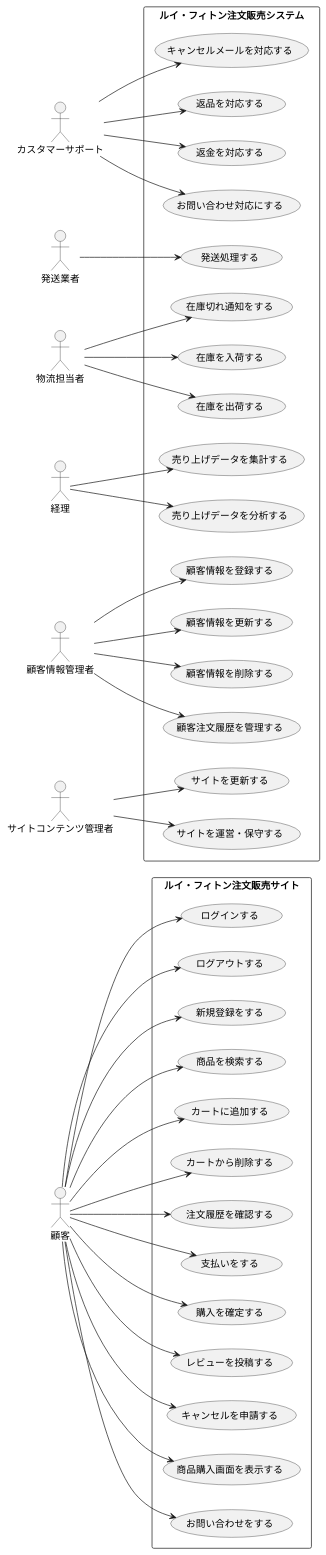
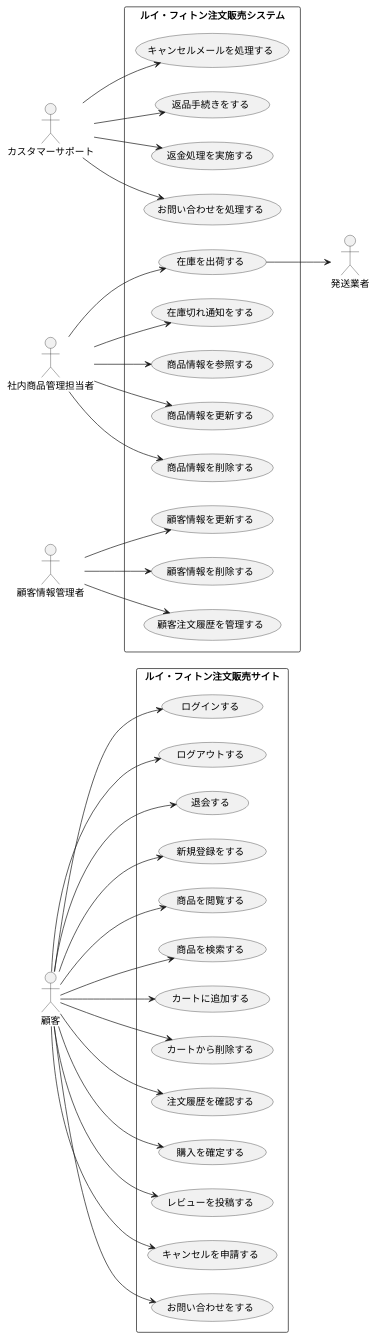
Before and after one commit to mameiku/group3-4: the diagram in ecommerce_usecase.pu, drawn with PlantUML.

Commit message:
ユースケース図更新

```diff
--- a/ecommerce_usecase.pu
+++ b/ecommerce_usecase.pu
@@ -1,98 +1,105 @@
 @startuml
 left to right direction
 
 actor 顧客
 actor カスタマーサポート
 actor 発送業者
-actor 物流担当者
-actor 経理
+actor 社内商品管理担当者
+'actor 経理
 actor 顧客情報管理者
-actor サイトコンテンツ管理者
+'actor サイトコンテンツ管理者
 
 rectangle "ルイ・フィトン注文販売システム" {
 
   ' --- 管理者 ---
-  (発送処理する)
+  (キャンセルメールを処理する)
+  (返品手続きをする)
+  (返金処理を実施する)
+  (お問い合わせを処理する)
 
-  (キャンセルメールを対応する)
-  (返品を対応する)
-  (返金を対応する)
-  (お問い合わせ対応にする)
-
-  (在庫を入荷する)
+  '(在庫を入荷する)
   (在庫を出荷する)
   (在庫切れ通知をする)
+  (商品情報を参照する)
+  (商品情報を更新する)
+  (商品情報を削除する)
 
-  (売り上げデータを集計する)
-  (売り上げデータを分析する)
+  '(売り上げデータを集計する)
+  '(売り上げデータを分析する)
 
   '--- 顧客情報管理者 ---
-  (顧客情報を登録する)
   (顧客情報を更新する)
   (顧客情報を削除する)
   (顧客注文履歴を管理する)
 
-  (サイトを更新する)
-  (サイトを運営・保守する)
+  '(サイトを更新する)
+  '(サイトを運営・保守する)
 
 }
 
 
 rectangle "ルイ・フィトン注文販売サイト" {
     ' --- 顧客 ---
   (ログインする)
   (ログアウトする)
+  (退会する)
   (新規登録をする)
+  (商品を閲覧する)
   (商品を検索する)
   (カートに追加する)
   (カートから削除する)
   (注文履歴を確認する)
-  (支払いをする)
   (購入を確定する)
   (レビューを投稿する)
   (キャンセルを申請する)
-  (商品購入画面を表示する)
   (お問い合わせをする)
 }
 
 
 ' 顧客の動き
 顧客 --> (ログインする)
 顧客 --> (ログアウトする)
+顧客 --> (退会する)
+顧客 --> (商品を閲覧する)
 顧客 --> (商品を検索する)
 顧客 --> (カートに追加する)
 顧客 --> (カートから削除する)
 顧客 --> (注文履歴を確認する)
 顧客 --> (新規登録をする)
-顧客 --> (支払いをする)
 顧客 --> (購入を確定する)
 顧客 --> (レビューを投稿する)
 顧客 --> (キャンセルを申請する)
-顧客 --> (商品購入画面を表示する)
 顧客 --> (お問い合わせをする)
 
 ' 管理者などの動き
-物流担当者 --> (在庫を入荷する)
-物流担当者 --> (在庫を出荷する)
-物流担当者 --> (在庫切れ通知をする)
+'物流担当者 --> (在庫を入荷する)
+社内商品管理担当者 --> (在庫を出荷する)
+社内商品管理担当者 --> (在庫切れ通知をする)
+社内商品管理担当者 --> (商品情報を参照する)
+社内商品管理担当者 --> (商品情報を更新する)
+社内商品管理担当者 --> (商品情報を削除する)
 
-経理 --> (売り上げデータを集計する)
-経理--> (売り上げデータを分析する)
+(在庫を出荷する) --> 発送業者
+
+
+
+'経理 --> (売り上げデータを集計する)
+'経理--> (売り上げデータを分析する)
 
 '発送業者とカスタマーサポートの追加
-発送業者 --> (発送処理する)
 
-カスタマーサポート --> (キャンセルメールを対応する)
-カスタマーサポート --> (返品を対応する)
-カスタマーサポート --> (返金を対応する)
-カスタマーサポート --> (お問い合わせ対応にする)
 
-顧客情報管理者 --> (顧客情報を登録する)
+カスタマーサポート --> (キャンセルメールを処理する)
+カスタマーサポート --> (返品手続きをする)
+カスタマーサポート --> (返金処理を実施する)
+カスタマーサポート --> (お問い合わせを処理する)
+
 顧客情報管理者 --> (顧客情報を更新する)
 顧客情報管理者 --> (顧客情報を削除する)
 顧客情報管理者 --> (顧客注文履歴を管理する)
 
-サイトコンテンツ管理者 --> (サイトを更新する)
-サイトコンテンツ管理者 --> (サイトを運営・保守する)
+
+'サイトコンテンツ管理者 --> (サイトを更新する)
+'サイトコンテンツ管理者 --> (サイトを運営・保守する)
 
 @enduml
```
